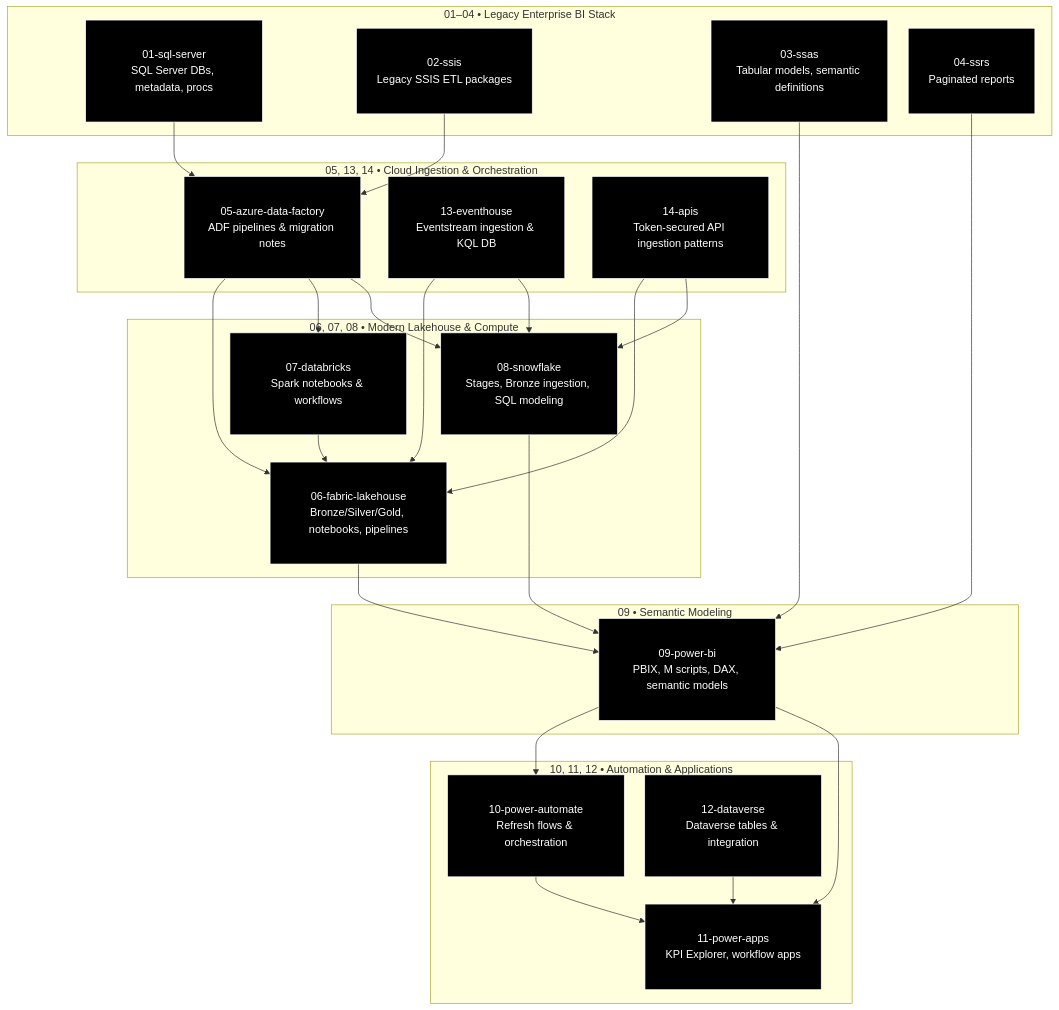
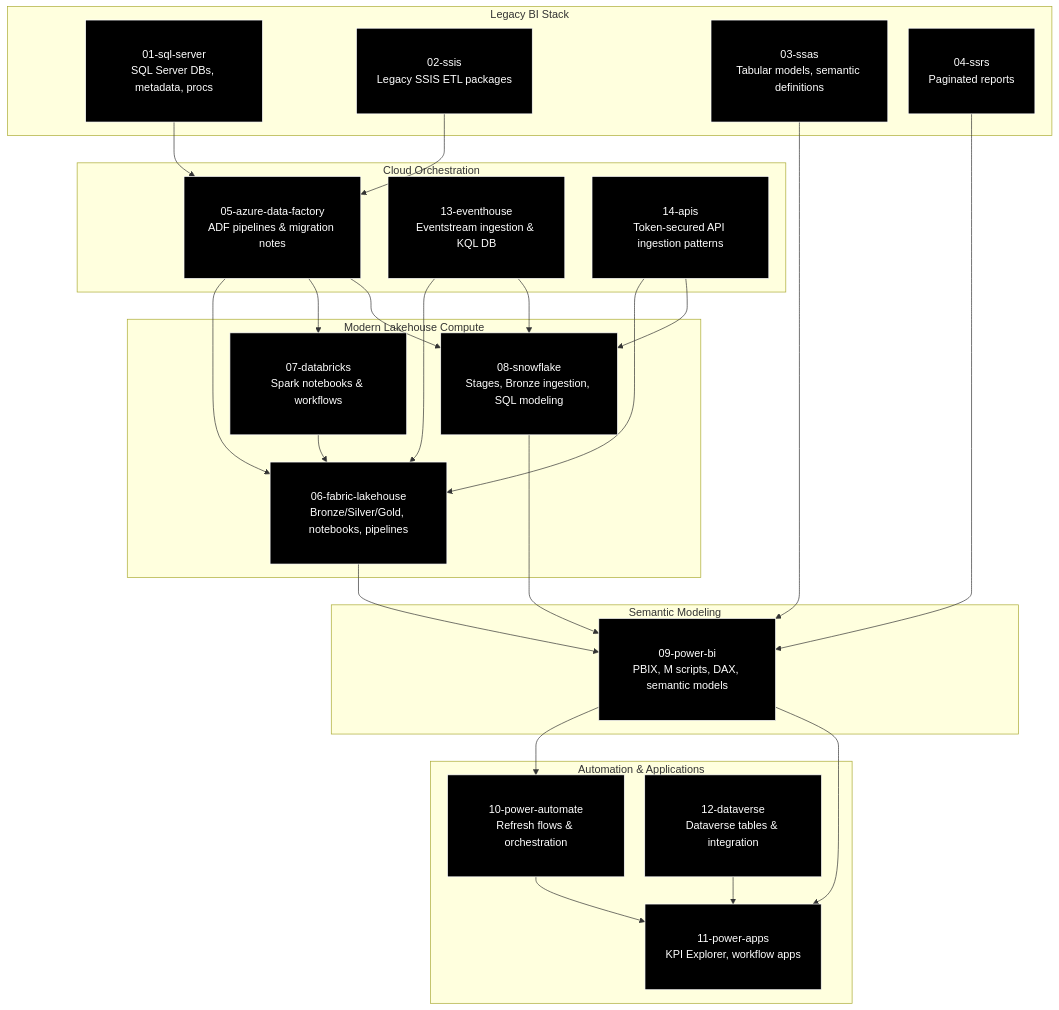
The diagram in docs/README.md (michaelraylloyd/gulf-to-bay-analytics-modernization), drawn with Mermaid before and after one commit.

Commit message:
Expanded SQL Server modernization narrative; added GTB-aligned documentation and DBA toolkit headers

```diff
--- a/docs/README.md
+++ b/docs/README.md
@@ -582,7 +582,7 @@
 %% ---------------------------------
 %% L1 — LEGACY ENTERPRISE BI STACK
 %% ---------------------------------
-subgraph L1[01–04 • Legacy Enterprise BI Stack]
+subgraph L1[Legacy BI Stack]
     L1_PAD["\n\n"]:::spacer
     SQL[01-sql-server<br/>SQL Server DBs, metadata, procs]:::dark
     SSIS[02-ssis<br/>Legacy SSIS ETL packages]:::dark
@@ -593,7 +593,7 @@
 %% ---------------------------------
 %% L2 — CLOUD INGESTION & ORCHESTRATION
 %% ---------------------------------
-subgraph L2[05, 13, 14 • Cloud Ingestion & Orchestration]
+subgraph L2[Cloud Orchestration]
     L2_PAD["\n\n"]:::spacer
     ADF[05-azure-data-factory<br/>ADF pipelines & migration notes]:::dark
     EVENT[13-eventhouse<br/>Eventstream ingestion & KQL DB]:::dark
@@ -603,7 +603,7 @@
 %% ---------------------------------
 %% L3 — MODERN LAKEHOUSE & COMPUTE
 %% ---------------------------------
-subgraph L3[06, 07, 08 • Modern Lakehouse & Compute]
+subgraph L3[Modern Lakehouse Compute]
     L3_PAD["\n\n"]:::spacer
     FAB[06-fabric-lakehouse<br/>Bronze/Silver/Gold, notebooks, pipelines]:::dark
     DBX[07-databricks<br/>Spark notebooks & workflows]:::dark
@@ -613,7 +613,7 @@
 %% ---------------------------------
 %% L4 — SEMANTIC MODELING
 %% ---------------------------------
-subgraph L4[09 • Semantic Modeling]
+subgraph L4[Semantic Modeling]
     L4_PAD["\n\n"]:::spacer
     PBI[09-power-bi<br/>PBIX, M scripts, DAX, semantic models]:::dark
 end
@@ -621,7 +621,7 @@
 %% ---------------------------------
 %% L5 — AUTOMATION & APPLICATIONS
 %% ---------------------------------
-subgraph L5[10, 11, 12 • Automation & Applications]
+subgraph L5[Automation & Applications]
     L5_PAD["\n\n"]:::spacer
     PA[10-power-automate<br/>Refresh flows & orchestration]:::dark
     APPS[11-power-apps<br/>KPI Explorer, workflow apps]:::dark
```
